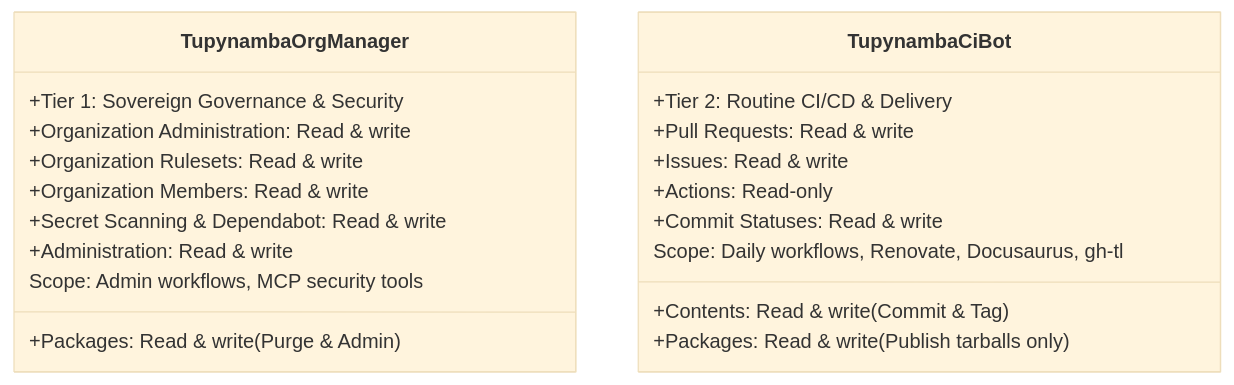
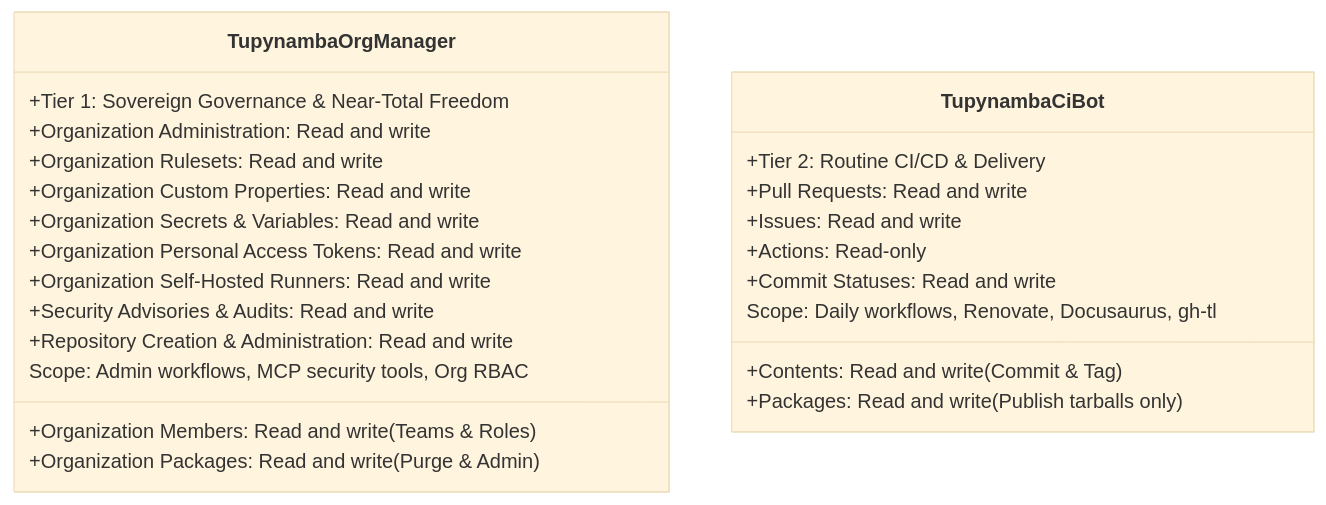
The fourth of 8 diagrams in .agents/analyses/github-app-organizational-architecture-and-setup-guide.md (tupynambalucas-dev/.github), drawn with Mermaid (base theme) before and after one commit. The commit also changed other lines of this file and 2 other files, not shown here.

Commit message:
docs(identity): add github app permissions reference and calibrate org manager superpowers (#24)

````diff
--- a/.agents/analyses/github-app-organizational-architecture-and-setup-guide.md
+++ b/.agents/analyses/github-app-organizational-architecture-and-setup-guide.md
@@ -207,24 +209,28 @@
 ```mermaid
 classDiagram
     class TupynambaOrgManager {
-        +Tier 1: Sovereign Governance & Security
-        +Organization Administration: Read & write
-        +Organization Rulesets: Read & write
-        +Organization Members: Read & write
-        +Packages: Read & write (Purge & Admin)
-        +Secret Scanning & Dependabot: Read & write
-        +Administration: Read & write
-        Scope: Admin workflows, MCP security tools
+        +Tier 1: Sovereign Governance & Near-Total Freedom
+        +Organization Administration: Read and write
+        +Organization Members: Read and write (Teams & Roles)
+        +Organization Rulesets: Read and write
+        +Organization Custom Properties: Read and write
+        +Organization Secrets & Variables: Read and write
+        +Organization Personal Access Tokens: Read and write
+        +Organization Self-Hosted Runners: Read and write
+        +Organization Packages: Read and write (Purge & Admin)
+        +Security Advisories & Audits: Read and write
+        +Repository Creation & Administration: Read and write
+        Scope: Admin workflows, MCP security tools, Org RBAC
     }
 
     class TupynambaCiBot {
         +Tier 2: Routine CI/CD & Delivery
-        +Contents: Read & write (Commit & Tag)
-        +Pull Requests: Read & write
-        +Issues: Read & write
+        +Contents: Read and write (Commit & Tag)
+        +Pull Requests: Read and write
+        +Issues: Read and write
         +Actions: Read-only
-        +Packages: Read & write (Publish tarballs only)
-        +Commit Statuses: Read & write
+        +Packages: Read and write (Publish tarballs only)
+        +Commit Statuses: Read and write
         Scope: Daily workflows, Renovate, Docusaurus, gh-tl
     }
 ```
````
